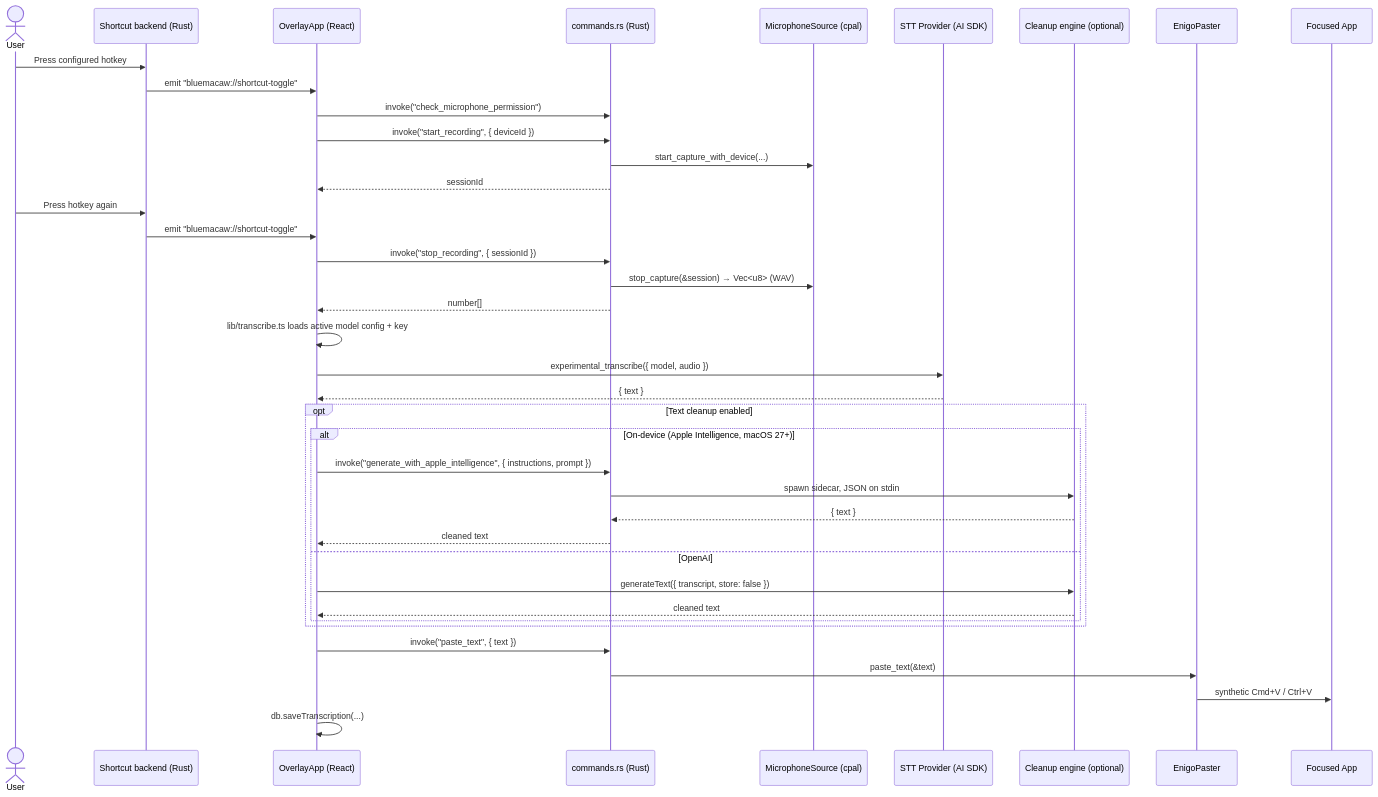
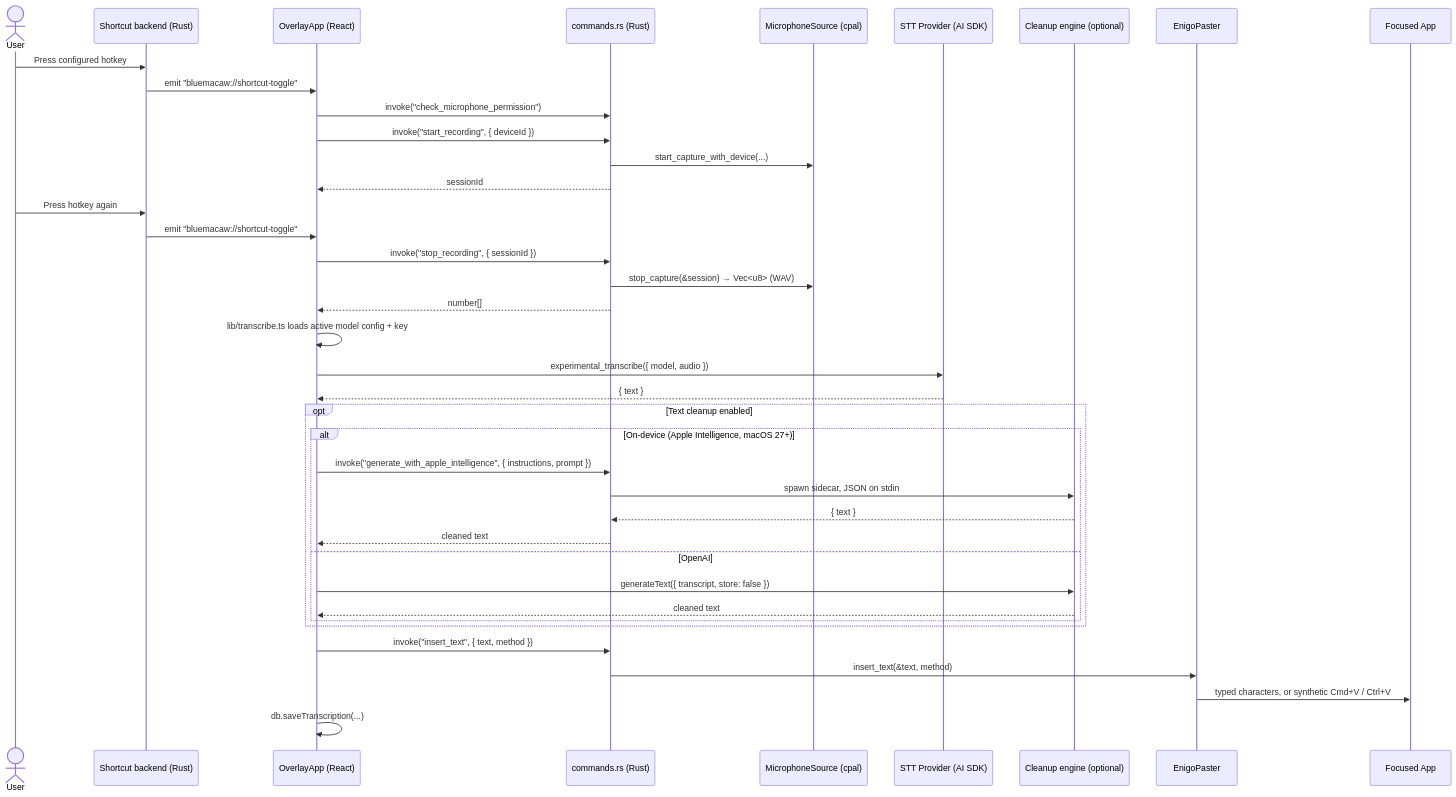
The diagram in docs/architecture.md (VH-Technology/bluemacaw), drawn with Mermaid before and after one commit. The commit also changed other lines of this file and 29 other files, not shown here.

````diff
--- a/docs/architecture.md
+++ b/docs/architecture.md
@@ -140,42 +145,42 @@
 ```mermaid
 sequenceDiagram
     actor User
     participant Shortcut as Shortcut backend (Rust)
     participant Overlay as OverlayApp (React)
     participant Cmd as commands.rs (Rust)
     participant Audio as MicrophoneSource (cpal)
     participant Provider as STT Provider (AI SDK)
     participant Cleanup as Cleanup engine (optional)
     participant Paster as EnigoPaster
     participant Focused as Focused App
 
     User->>Shortcut: Press configured hotkey
     Shortcut->>Overlay: emit "bluemacaw://shortcut-toggle"
     Overlay->>Cmd: invoke("check_microphone_permission")
     Overlay->>Cmd: invoke("start_recording", { deviceId })
     Cmd->>Audio: start_capture_with_device(...)
     Cmd-->>Overlay: sessionId
     User->>Shortcut: Press hotkey again
     Shortcut->>Overlay: emit "bluemacaw://shortcut-toggle"
     Overlay->>Cmd: invoke("stop_recording", { sessionId })
     Cmd->>Audio: stop_capture(&session) → Vec<u8> (WAV)
     Cmd-->>Overlay: number[]
     Overlay->>Overlay: lib/transcribe.ts loads active model config + key
     Overlay->>Provider: experimental_transcribe({ model, audio })
     Provider-->>Overlay: { text }
     opt Text cleanup enabled
         alt On-device (Apple Intelligence, macOS 27+)
             Overlay->>Cmd: invoke("generate_with_apple_intelligence", { instructions, prompt })
             Cmd->>Cleanup: spawn sidecar, JSON on stdin
             Cleanup-->>Cmd: { text }
             Cmd-->>Overlay: cleaned text
         else OpenAI
             Overlay->>Cleanup: generateText({ transcript, store: false })
             Cleanup-->>Overlay: cleaned text
         end
     end
-    Overlay->>Cmd: invoke("paste_text", { text })
-    Cmd->>Paster: paste_text(&text)
-    Paster->>Focused: synthetic Cmd+V / Ctrl+V
+    Overlay->>Cmd: invoke("insert_text", { text, method })
+    Cmd->>Paster: insert_text(&text, method)
+    Paster->>Focused: typed characters, or synthetic Cmd+V / Ctrl+V
     Overlay->>Overlay: db.saveTranscription(...)
 ```
````
